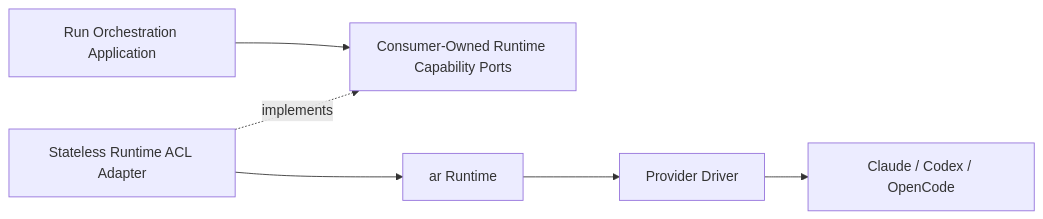
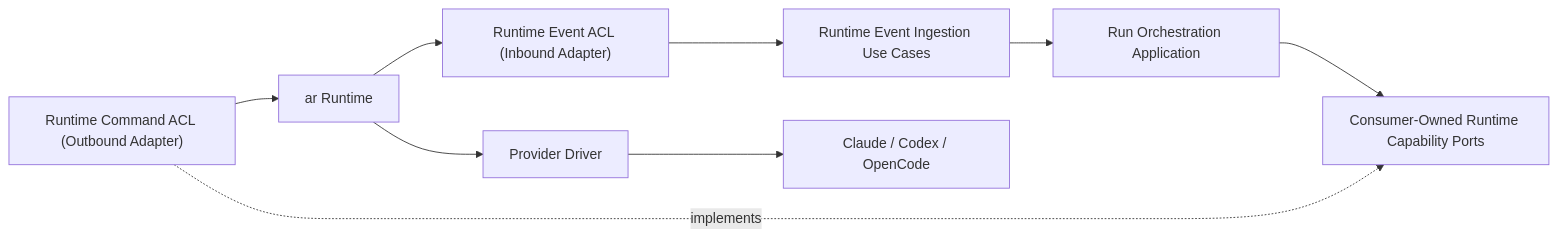
One commit to agent-teams-ai/agent-teams-orchestrator changed the diagram in docs/architecture/runtime-boundary.md. Above: the diagram before and after it, drawn with Mermaid. The commit also changed other lines of this file and 135 other files, not shown here.

Commit message:
docs(architecture): establish verified orchestrator foundation

````diff
--- a/docs/architecture/runtime-boundary.md
+++ b/docs/architecture/runtime-boundary.md
@@ -10,15 +29,20 @@
 ```mermaid
 flowchart LR
     Run["Run Orchestration Application"]
-    Ports["Consumer-Owned Runtime Capability Ports"]
-    Gateway["Stateless Runtime ACL Adapter"]
+    OutPorts["Consumer-Owned Runtime Capability Ports"]
+    OutACL["Runtime Command ACL (Outbound Adapter)"]
+    InACL["Runtime Event ACL (Inbound Adapter)"]
+    InPorts["Runtime Event Ingestion Use Cases"]
     AR["ar Runtime"]
     Driver["Provider Driver"]
     Provider["Claude / Codex / OpenCode"]
 
-    Run --> Ports
-    Gateway -. "implements" .-> Ports
-    Gateway --> AR
+    Run --> OutPorts
+    OutACL -. "implements" .-> OutPorts
+    OutACL --> AR
+    AR --> InACL
+    InACL --> InPorts
+    InPorts --> Run
     AR --> Driver
     Driver --> Provider
 ```
````
